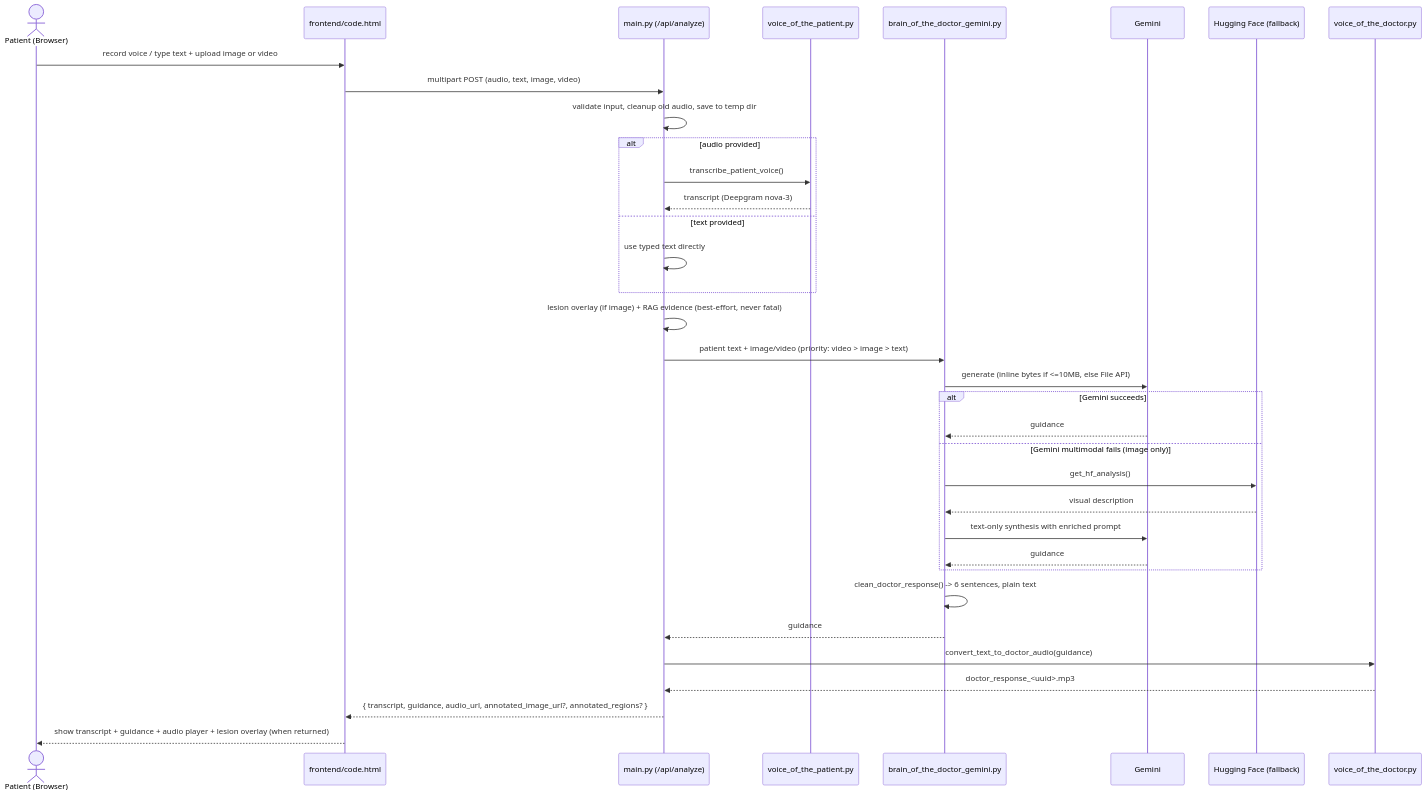
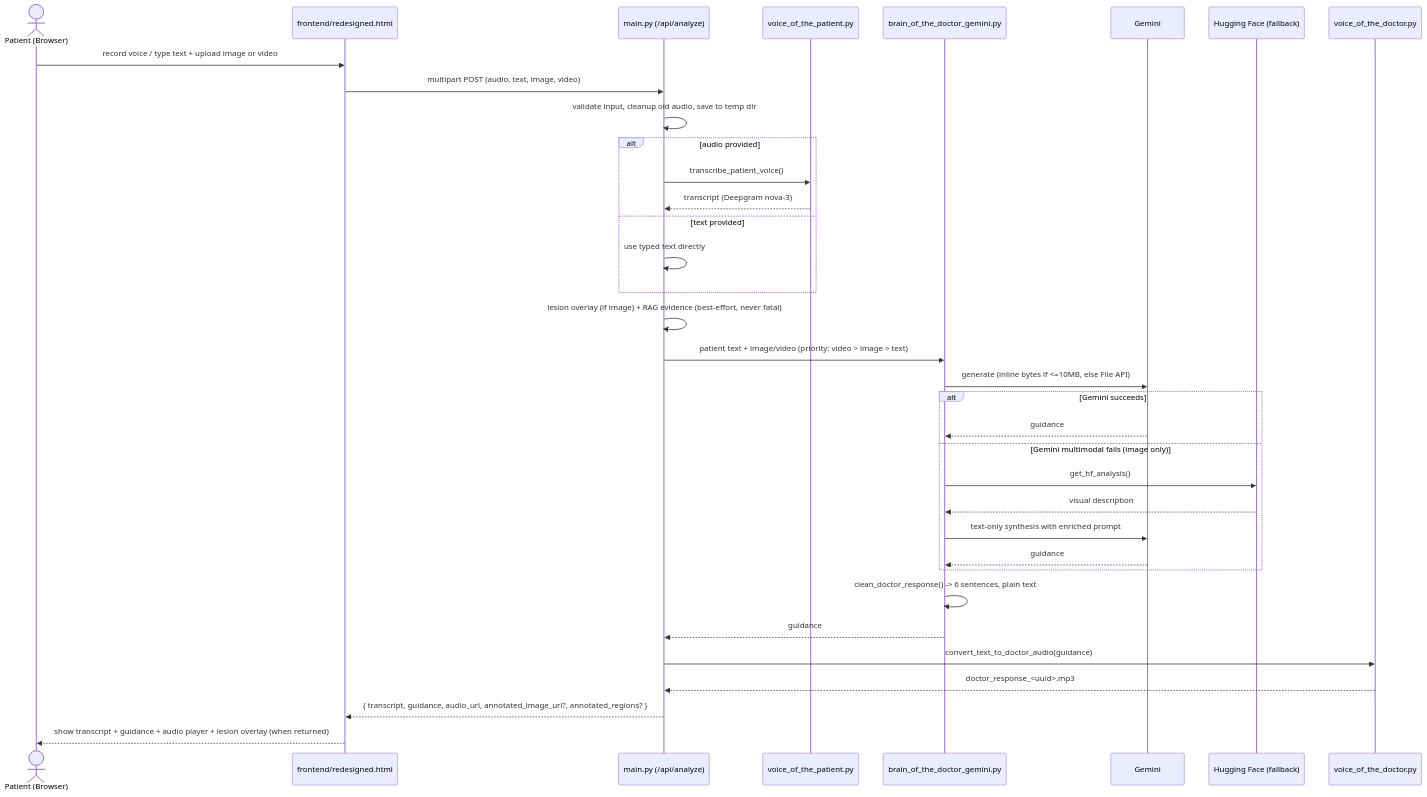
Before and after one commit to abdullahkamran426-lab/DermOmni: the second of 5 diagrams in README.md, drawn with Mermaid. The commit also changed other lines of this file and 8 other files, not shown here.

````diff
--- a/README.md
+++ b/README.md
@@ -185,38 +189,38 @@
 ```mermaid
 sequenceDiagram
     actor U as Patient (Browser)
-    participant FE as frontend/code.html
+    participant FE as frontend/redesigned.html
     participant API as main.py (/api/analyze)
     participant STT as voice_of_the_patient.py
     participant BRAIN as brain_of_the_doctor_gemini.py
     participant GEM as Gemini
     participant HF as Hugging Face (fallback)
     participant TTS as voice_of_the_doctor.py
 
     U->>FE: record voice / type text + upload image or video
     FE->>API: multipart POST (audio, text, image, video)
     API->>API: validate input, cleanup old audio, save to temp dir
     alt audio provided
         API->>STT: transcribe_patient_voice()
         STT-->>API: transcript (Deepgram nova-3)
     else text provided
         API->>API: use typed text directly
     end
     API->>API: lesion overlay (if image) + RAG evidence (best-effort, never fatal)
     API->>BRAIN: patient text + image/video (priority: video > image > text)
     BRAIN->>GEM: generate (inline bytes if <=10MB, else File API)
     alt Gemini succeeds
         GEM-->>BRAIN: guidance
     else Gemini multimodal fails (image only)
         BRAIN->>HF: get_hf_analysis()
         HF-->>BRAIN: visual description
         BRAIN->>GEM: text-only synthesis with enriched prompt
         GEM-->>BRAIN: guidance
     end
     BRAIN->>BRAIN: clean_doctor_response() -> 6 sentences, plain text
     BRAIN-->>API: guidance
     API->>TTS: convert_text_to_doctor_audio(guidance)
     TTS-->>API: doctor_response_<uuid>.mp3
     API-->>FE: { transcript, guidance, audio_url, annotated_image_url?, annotated_regions? }
     FE-->>U: show transcript + guidance + audio player + lesion overlay (when returned)
 ```
````
